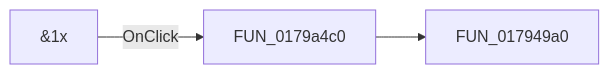
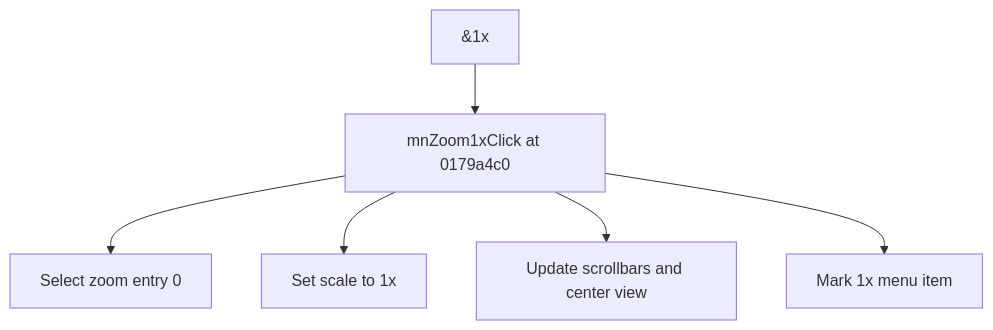
The diagram in docs/ui-controls/shapeedit/mnzoom1x-e40a43e1d4.md (MovGP0/TIARA), drawn with Mermaid before and after one commit. The commit also changed other lines of this file and 1062 other files, not shown here.

````diff
--- a/docs/ui-controls/shapeedit/mnzoom1x-e40a43e1d4.md
+++ b/docs/ui-controls/shapeedit/mnzoom1x-e40a43e1d4.md
@@ -27,5 +25,8 @@
 ```mermaid
-flowchart LR
-    control["&1x"] -->|OnClick| handler["FUN_0179a4c0"]
-    handler --> call1["FUN_017949a0"]
+flowchart TD
+    control["&1x"] --> handler["mnZoom1xClick at 0179a4c0"]
+    handler --> step1["Select zoom entry 0"]
+    handler --> step2["Set scale to 1x"]
+    handler --> step3["Update scrollbars and center view"]
+    handler --> step4["Mark 1x menu item"]
 ```
````
